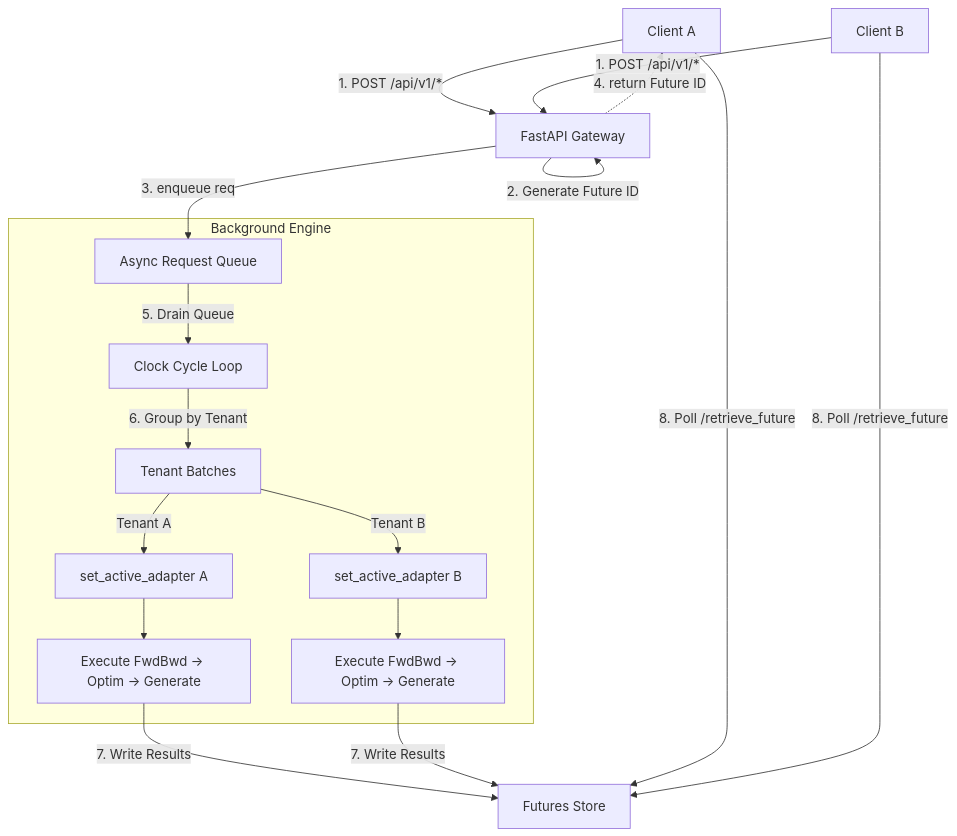
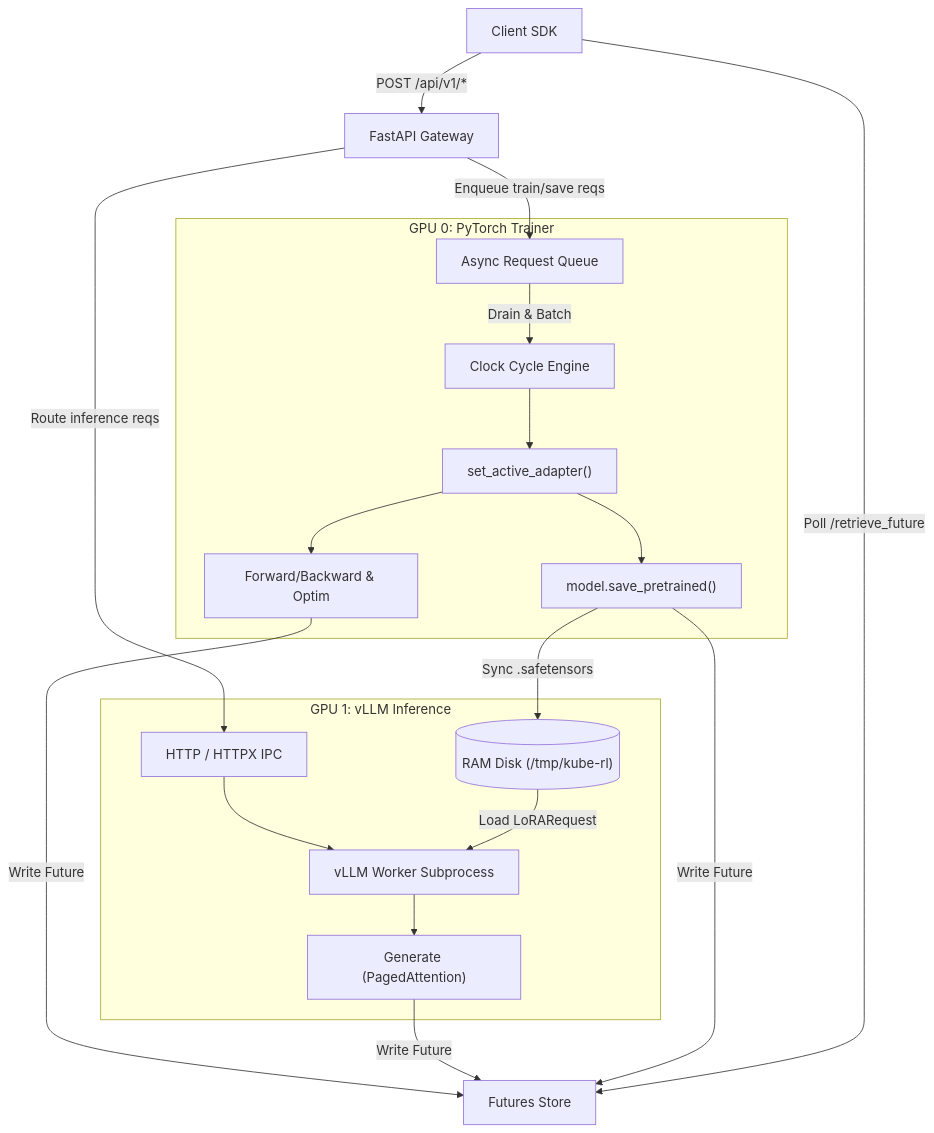
The diagram in design_arch.mmd (ShubyM/open-rl), drawn with Mermaid before and after one commit. The commit also changed 2 other files, not shown here.

Commit message:
updated the docs and diagrams

```diff
--- a/design_arch.mmd
+++ b/design_arch.mmd
@@ -1,24 +1,27 @@
 graph TD
-    ClientA["Client A"] -->|1. POST /api/v1/*| API
-    ClientB["Client B"] -->|1. POST /api/v1/*| API
+    Client["Client SDK"] -->|POST /api/v1/*| API["FastAPI Gateway"]
     
-    API["FastAPI Gateway"] -->|2. Generate Future ID| API
-    API -->|3. enqueue req| Queue["Async Request Queue"]
-    API -.->|4. return Future ID| ClientA
+    API -->|Enqueue train/save reqs| Queue["Async Request Queue"]
     
-    subgraph Background Engine
-        Queue -->|5. Drain Queue| Batching["Clock Cycle Loop"]
-        Batching -->|6. Group by Tenant| Group["Tenant Batches"]
-        
-        Group -->|Tenant A| SwapA["set_active_adapter A"]
-        SwapA --> ExecA["Execute FwdBwd -> Optim -> Generate"]
-        
-        Group -->|Tenant B| SwapB["set_active_adapter B"]
-        SwapB --> ExecB["Execute FwdBwd -> Optim -> Generate"]
+    subgraph GPU 0: PyTorch Trainer
+        Queue -->|Drain & Batch| Clock["Clock Cycle Engine"]
+        Clock --> Swap["set_active_adapter()"]
+        Swap --> Train["Forward/Backward & Optim"]
+        Swap --> Save["model.save_pretrained()"]
     end
     
-    ExecA -->|7. Write Results| Store["Futures Store"]
-    ExecB -->|7. Write Results| Store
+    Save -->|Sync .safetensors| RAMDisk[("RAM Disk (/tmp/kube-rl)")]
     
-    ClientA -->|8. Poll /retrieve_future| Store
-    ClientB -->|8. Poll /retrieve_future| Store
+    API -->|Route inference reqs| IPC["HTTP / HTTPX IPC"]
+    
+    subgraph GPU 1: vLLM Inference
+        IPC --> vLLM["vLLM Worker Subprocess"]
+        RAMDisk -->|Load LoRARequest| vLLM
+        vLLM --> Gen["Generate (PagedAttention)"]
+    end
+    
+    Train -->|Write Future| Store["Futures Store"]
+    Gen -->|Write Future| Store
+    Save -->|Write Future| Store
+    
+    Client -->|Poll /retrieve_future| Store
```
